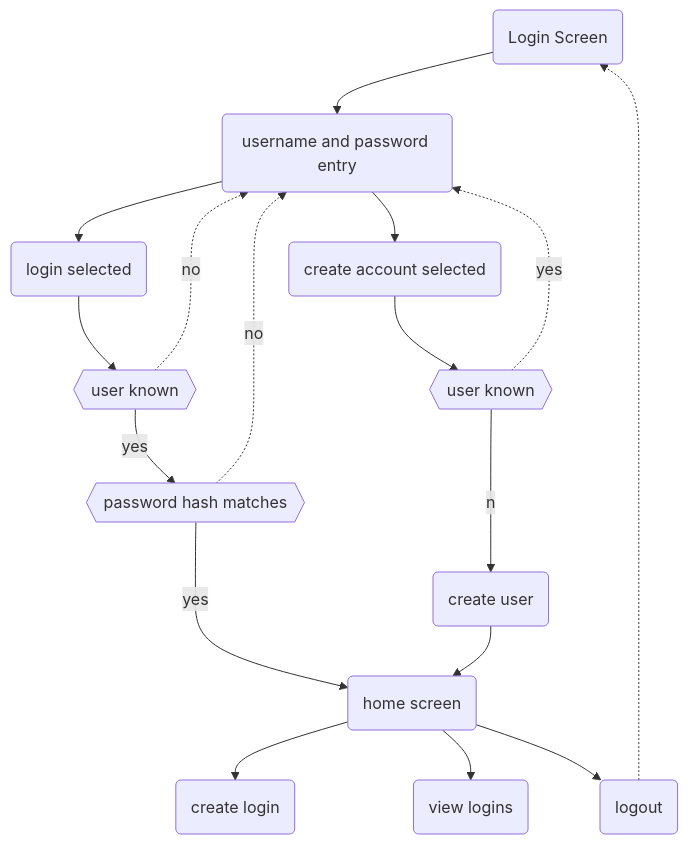
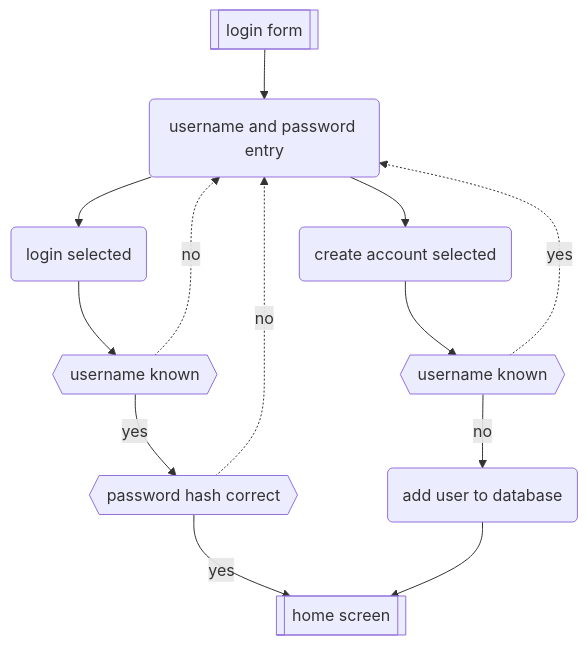
Before and after one commit to pxp888/passcodes: the second of 4 diagrams in README.md, drawn with Mermaid. The commit also changed other lines of this file and 1 other file, not shown here.

Commit message:
update DB Password is now environment variable

```diff
--- a/README.md
+++ b/README.md
@@ -57,22 +73,26 @@
 ~~~mermaid
 graph TD
-a(Login Screen)
-b(username and password entry)
-c(login selected)
-d(create account selected)
-e{{user known}}
-f{{password hash matches}}
-g(home screen)
-h{{user known}}
-i(create user)
+lg[[login form]]
+de(username and password entry)
+ls(login selected)
+cs(create account selected)
+uk1{{username known}}
+uk2{{username known}}
+pw1{{password hash correct}}
+hs[[home screen]]
+ad(add user to database)
 
-a-->b-->c & d
-c --> e
-e --yes--> f --yes--> g
-e & f -. no .-> b
-d-->h
-h -.yes.-> b
-h --no--> i --> g
-g --> c1(create login) & vl(view logins) & lo(logout)
-lo -.-> a
+lg-->de
+de-->ls
+ls-->uk1
+uk1-.->|no|de
+uk1-->|yes|pw1
+pw1-.->|no|de
+pw1-->|yes|hs
+
+de-->cs
+cs-->uk2
+uk2-.->|yes|de
+uk2-->|no|ad
+ad-->hs
 ~~~
```
